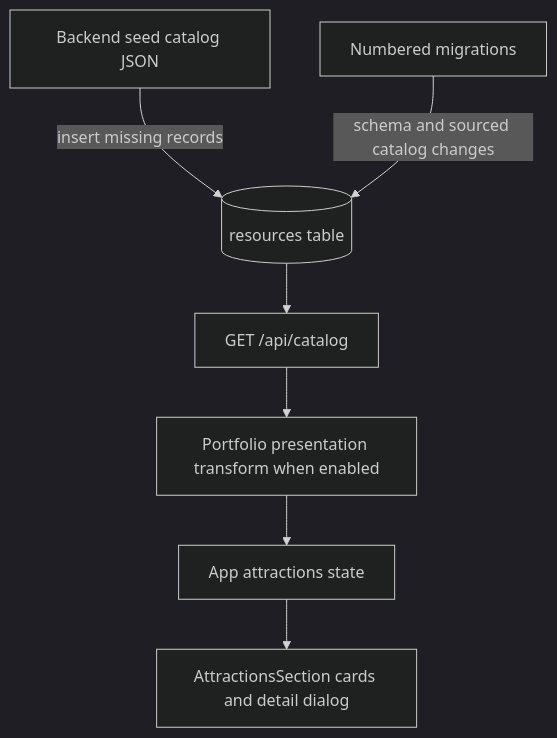
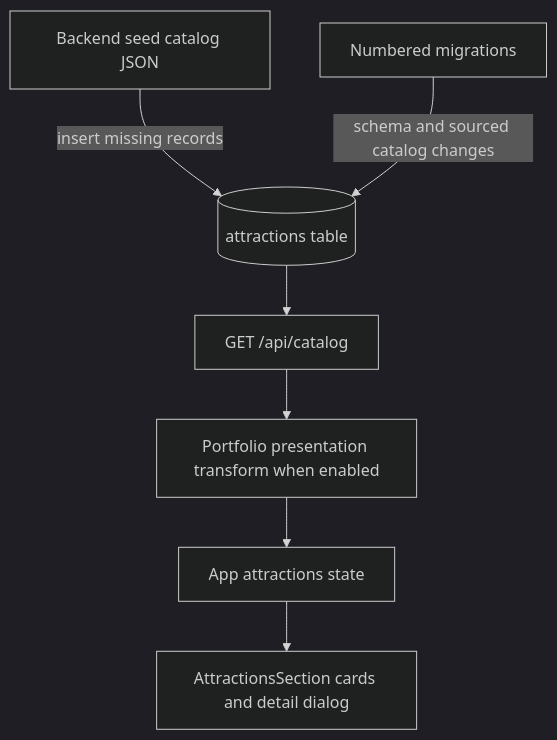
Before and after one commit to mikeclarencefabregaswork-lab/TaraSibale: the diagram in docs/obsidian/TaraSibale - Attractions and Data.md, drawn with Mermaid (dark theme). The commit also changed other lines of this file and 33 other files, not shown here.

First line of the commit message:
feat: Split catalog into distinct tables for attractions, accommodations, ferry routes, culture items, and hiking trails

````diff
--- a/docs/obsidian/TaraSibale - Attractions and Data.md
+++ b/docs/obsidian/TaraSibale - Attractions and Data.md
@@ -28,9 +28,9 @@
 ```mermaid
 flowchart TD
-  Seed[Backend seed catalog JSON] -->|insert missing records| Rows[(resources table)]
+  Seed[Backend seed catalog JSON] -->|insert missing records| Rows[(attractions table)]
   Migrations[Numbered migrations] -->|schema and sourced catalog changes| Rows
   Rows --> Catalog[GET /api/catalog]
   Catalog --> Transform[Portfolio presentation transform when enabled]
   Transform --> State[App attractions state]
   State --> Cards[AttractionsSection cards and detail dialog]
 ```
````
